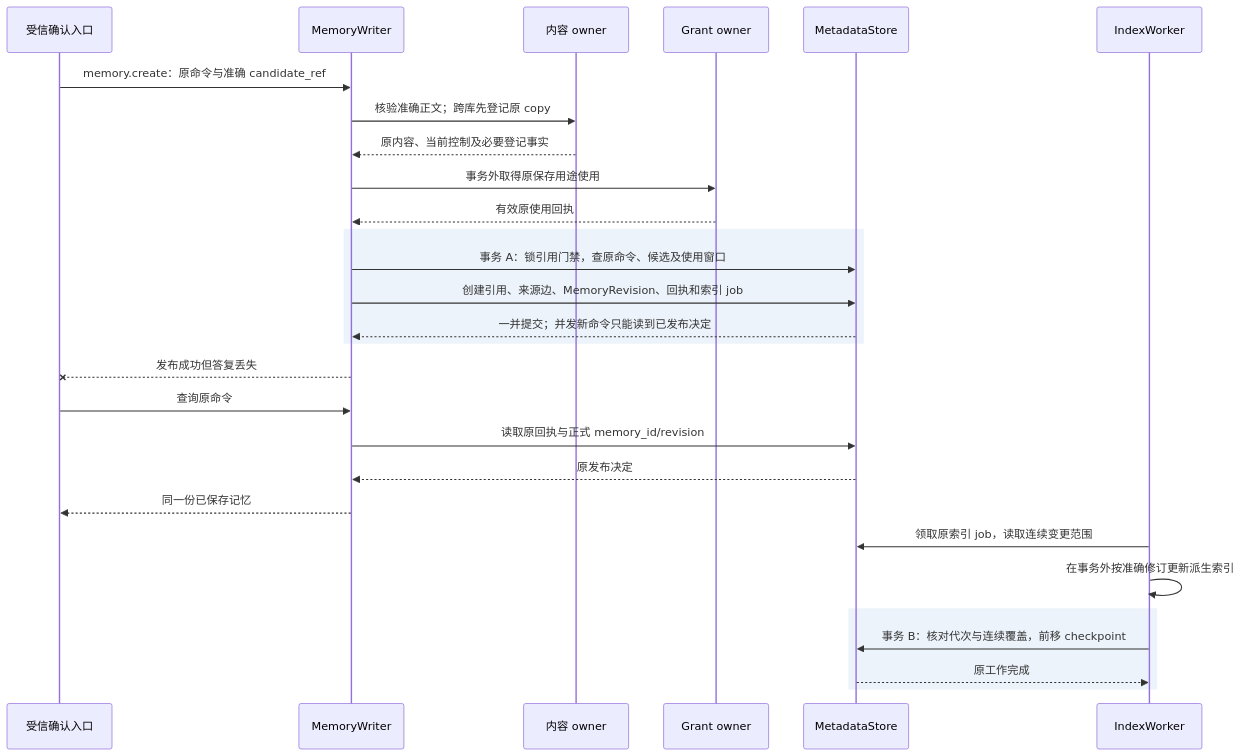
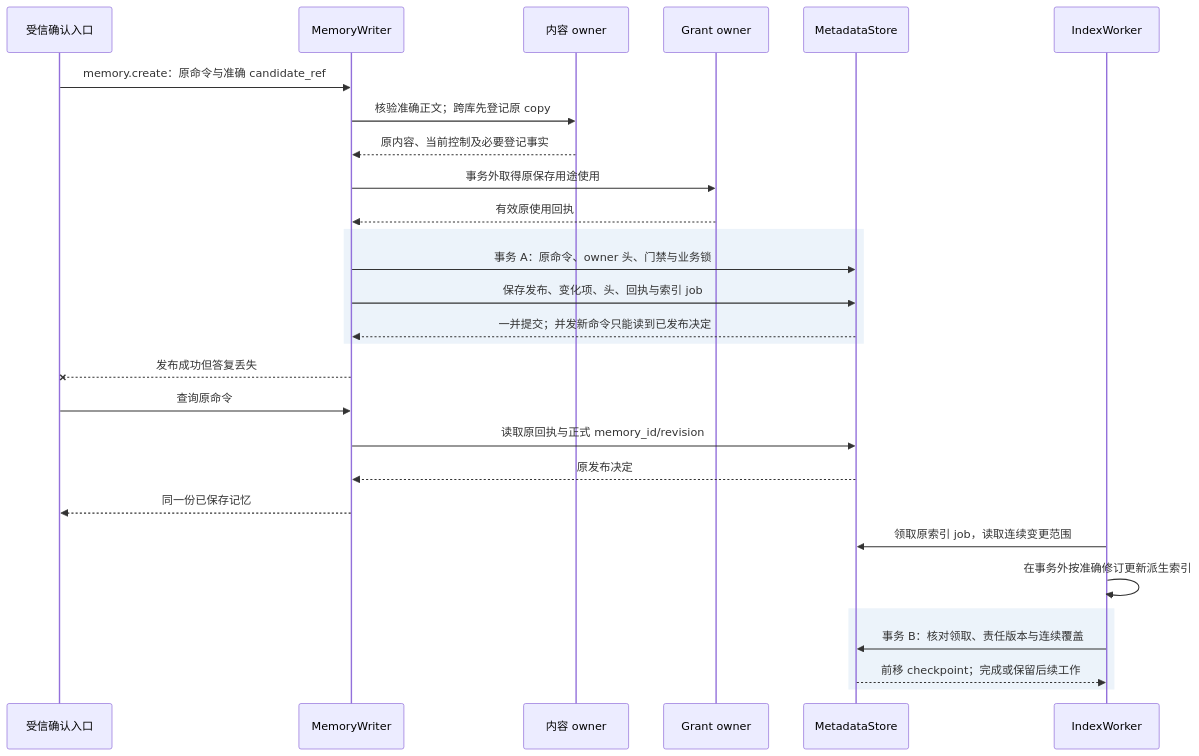
Before and after one commit to ruipengliu/lerna: the sixth of 8 diagrams in docs/architecture/memory/implementation.md, drawn with Mermaid. The commit also changed other lines of this file and 76 other files, not shown here.

````diff
--- a/docs/architecture/memory/implementation.md
+++ b/docs/architecture/memory/implementation.md
@@ -258,30 +281,30 @@
 ```mermaid
 sequenceDiagram
     participant U as 受信确认入口
     participant W as MemoryWriter
     participant C as 内容 owner
     participant G as Grant owner
     participant S as MetadataStore
     participant I as IndexWorker
     U->>W: memory.create：原命令与准确 candidate_ref
     W->>C: 核验准确正文；跨库先登记原 copy
     C-->>W: 原内容、当前控制及必要登记事实
     W->>G: 事务外取得原保存用途使用
     G-->>W: 有效原使用回执
     rect rgb(236, 243, 250)
-      W->>S: 事务 A：锁引用门禁，查原命令、候选及使用窗口
-      W->>S: 创建引用、来源边、MemoryRevision、回执和索引 job
+      W->>S: 事务 A：原命令、owner 头、门禁与业务锁
+      W->>S: 保存发布、变化项、头、回执与索引 job
       S-->>W: 一并提交；并发新命令只能读到已发布决定
     end
     W--xU: 发布成功但答复丢失
     U->>W: 查询原命令
     W->>S: 读取原回执与正式 memory_id/revision
     S-->>W: 原发布决定
     W-->>U: 同一份已保存记忆
     I->>S: 领取原索引 job，读取连续变更范围
     I->>I: 在事务外按准确修订更新派生索引
     rect rgb(236, 243, 250)
-      I->>S: 事务 B：核对代次与连续覆盖，前移 checkpoint
-      S-->>I: 原工作完成
+      I->>S: 事务 B：核对领取、责任版本与连续覆盖
+      S-->>I: 前移 checkpoint；完成或保留后续工作
     end
 ```
````
